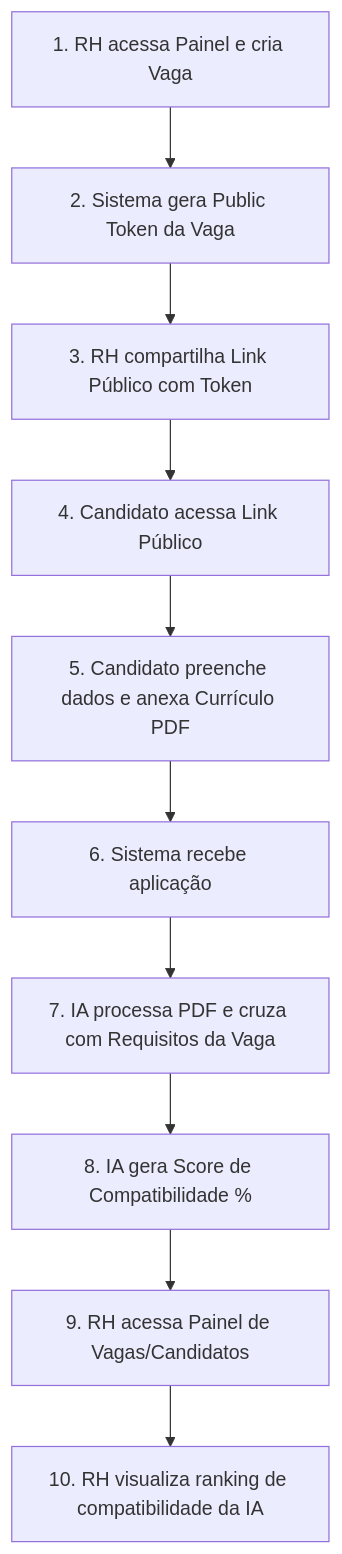
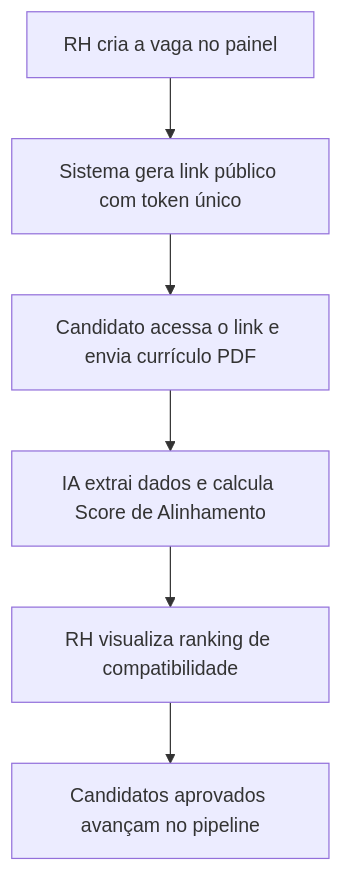
One commit to carlosresendeP/envieAgora-SaaS-RH changed the diagram in README.md. Above: the diagram before and after it, drawn with Mermaid. The commit also changed other lines of this file and 5 other files, not shown here.

````diff
--- a/README.md
+++ b/README.md
@@ -43,12 +13,8 @@
 ```mermaid
 graph TD
-    A["1. RH acessa Painel e cria Vaga"] --> B["2. Sistema gera Public Token da Vaga"]
-    B --> C["3. RH compartilha Link Público com Token"]
-    C --> D["4. Candidato acessa Link Público"]
-    D --> E["5. Candidato preenche dados e anexa Currículo PDF"]
-    E --> F["6. Sistema recebe aplicação"]
-    F --> G["7. IA processa PDF e cruza com Requisitos da Vaga"]
-    G --> H["8. IA gera Score de Compatibilidade %"]
-    H --> I["9. RH acessa Painel de Vagas/Candidatos"]
-    I --> J["10. RH visualiza ranking de compatibilidade da IA"]
+    A[RH cria a vaga no painel] --> B[Sistema gera link público com token único]
+    B --> C[Candidato acessa o link e envia currículo PDF]
+    C --> D[IA extrai dados e calcula Score de Alinhamento]
+    D --> E[RH visualiza ranking de compatibilidade]
+    E --> F[Candidatos aprovados avançam no pipeline]
 ```
````
